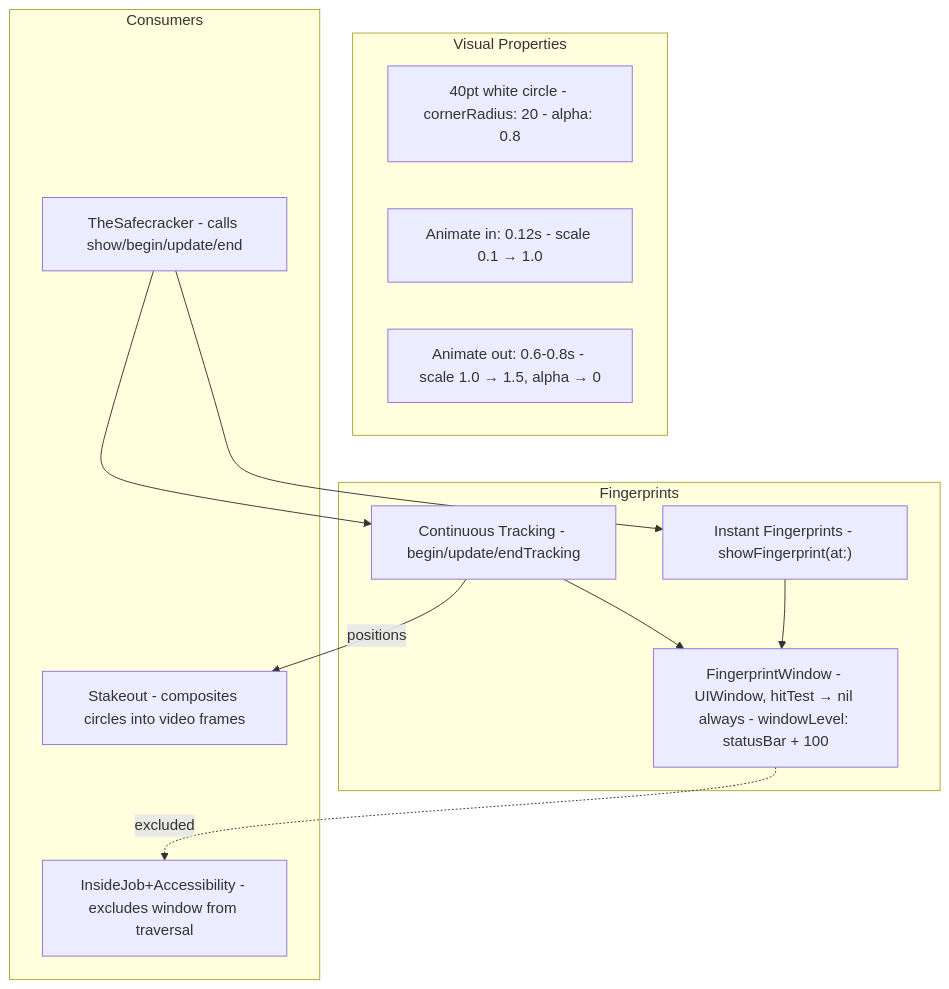
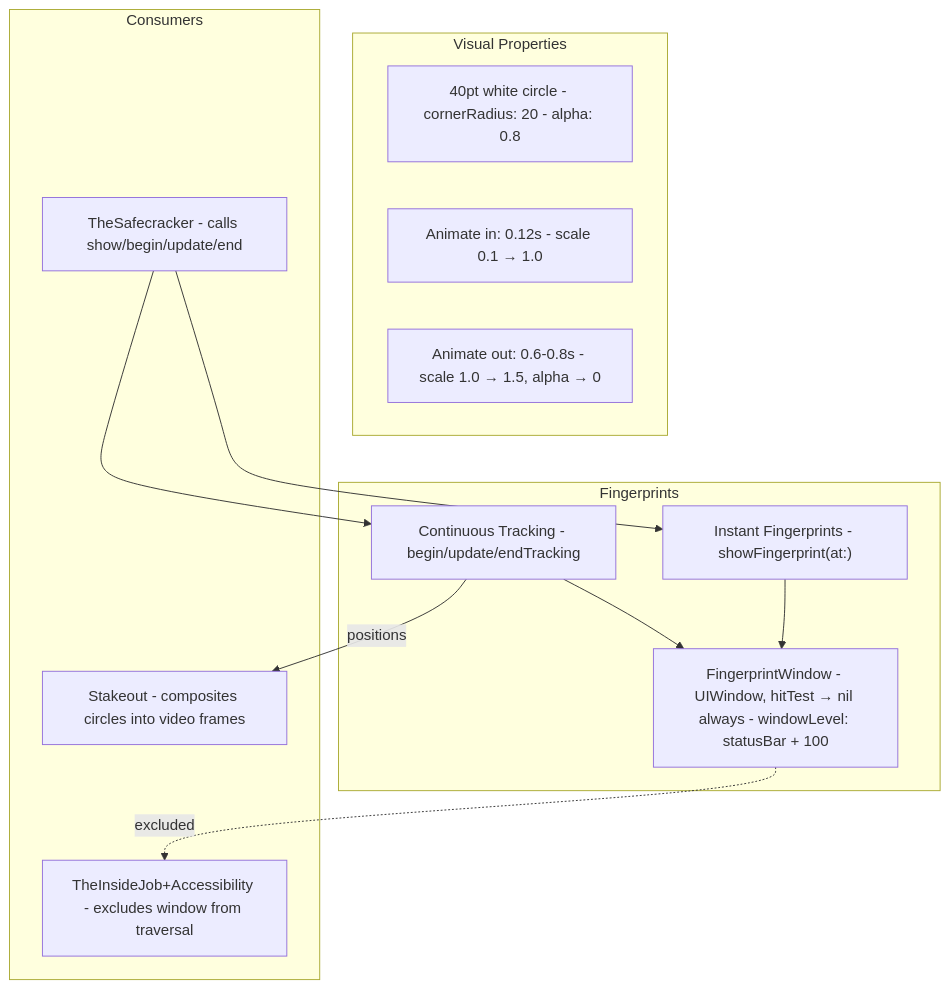
Before and after one commit to RoyalPineapple/TheButtonHeist: the first of 2 diagrams in docs/dossiers/05-FINGERPRINTS.md, drawn with Mermaid. The commit also changed other lines of this file and 66 other files, not shown here.

Commit message:
Rename InsideJob to TheInsideJob (framework and class only)

````diff
--- a/docs/dossiers/05-FINGERPRINTS.md
+++ b/docs/dossiers/05-FINGERPRINTS.md
@@ -19,27 +19,27 @@
 ```mermaid
 graph TD
     subgraph FingerprintSystem["Fingerprints"]
         Window["FingerprintWindow - UIWindow, hitTest → nil always - windowLevel: statusBar + 100"]
         InstantFP["Instant Fingerprints - showFingerprint(at:)"]
         TrackingFP["Continuous Tracking - begin/update/endTracking"]
     end
 
     subgraph Visual["Visual Properties"]
         Circle["40pt white circle - cornerRadius: 20 - alpha: 0.8"]
         AnimIn["Animate in: 0.12s - scale 0.1 → 1.0"]
         AnimOut["Animate out: 0.6-0.8s - scale 1.0 → 1.5, alpha → 0"]
     end
 
     subgraph Consumers["Consumers"]
         Safecracker["TheSafecracker - calls show/begin/update/end"]
         StakeoutComp["Stakeout - composites circles into video frames"]
-        Hierarchy["InsideJob+Accessibility - excludes window from traversal"]
+        Hierarchy["TheInsideJob+Accessibility - excludes window from traversal"]
     end
 
     Safecracker --> InstantFP
     Safecracker --> TrackingFP
     InstantFP --> Window
     TrackingFP --> Window
     TrackingFP -->|positions| StakeoutComp
     Window -.->|excluded| Hierarchy
 ```
````
